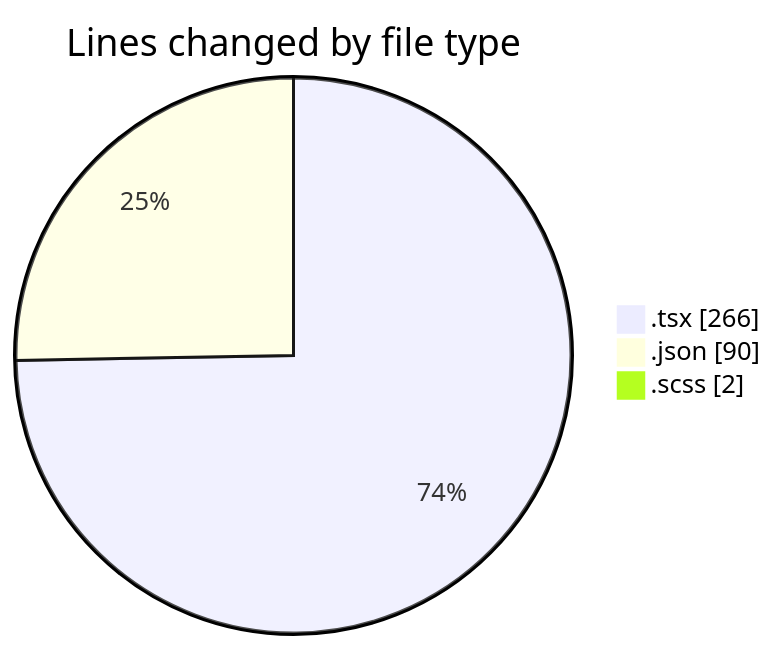
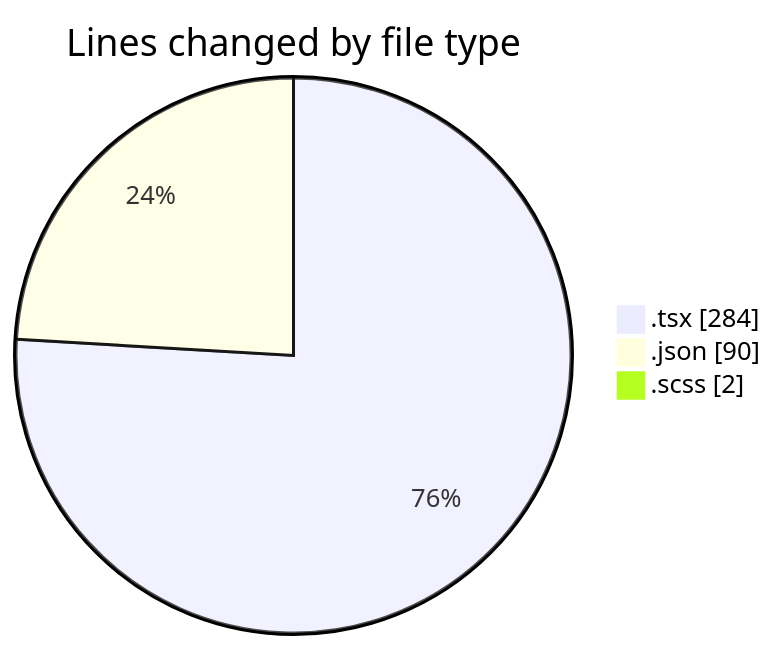
One commit to momahboobian/code-tracking changed the first of 2 diagrams in 2026-05-13/cda/README.md. Above: the diagram before and after it, drawn with Mermaid. The commit also changed other lines of this file and 1 other file, not shown here.

````diff
--- a/2026-05-13/cda/README.md
+++ b/2026-05-13/cda/README.md
@@ -24,7 +24,7 @@
 ```mermaid
 pie showData
 title Lines changed by file type
-".tsx" : 266
+".tsx" : 284
 ".json" : 90
 ".scss" : 2
 ```
````
